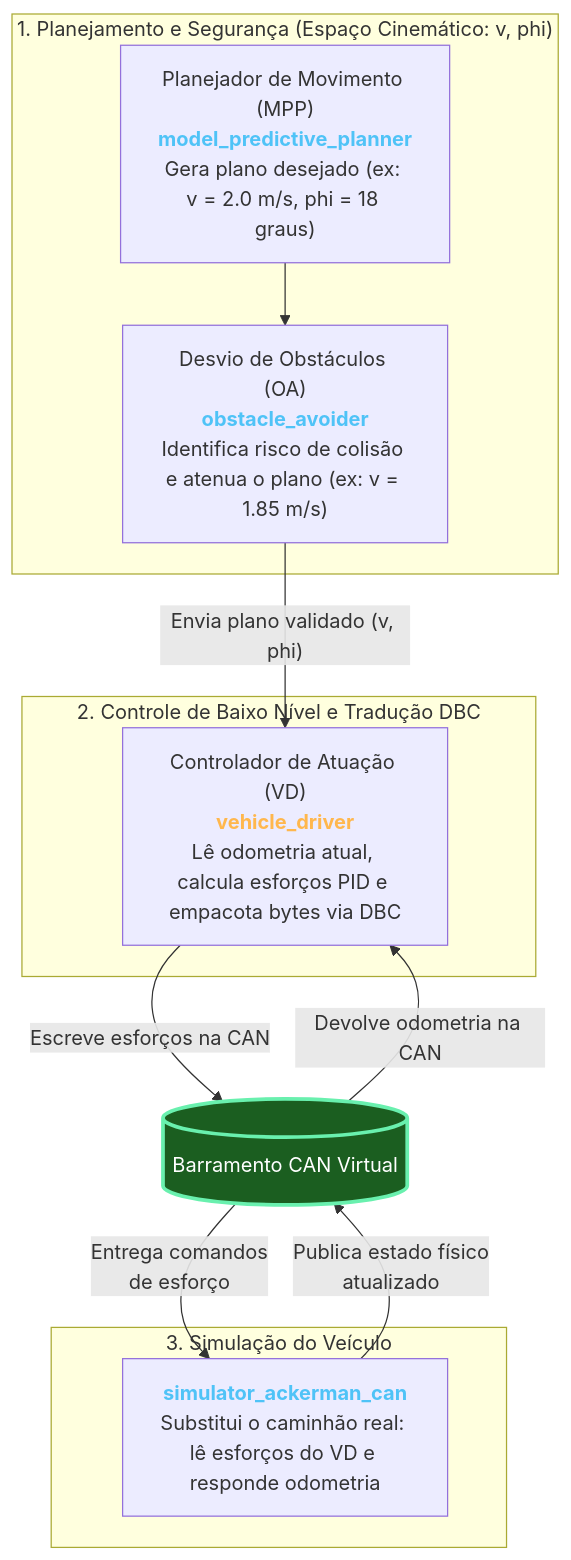
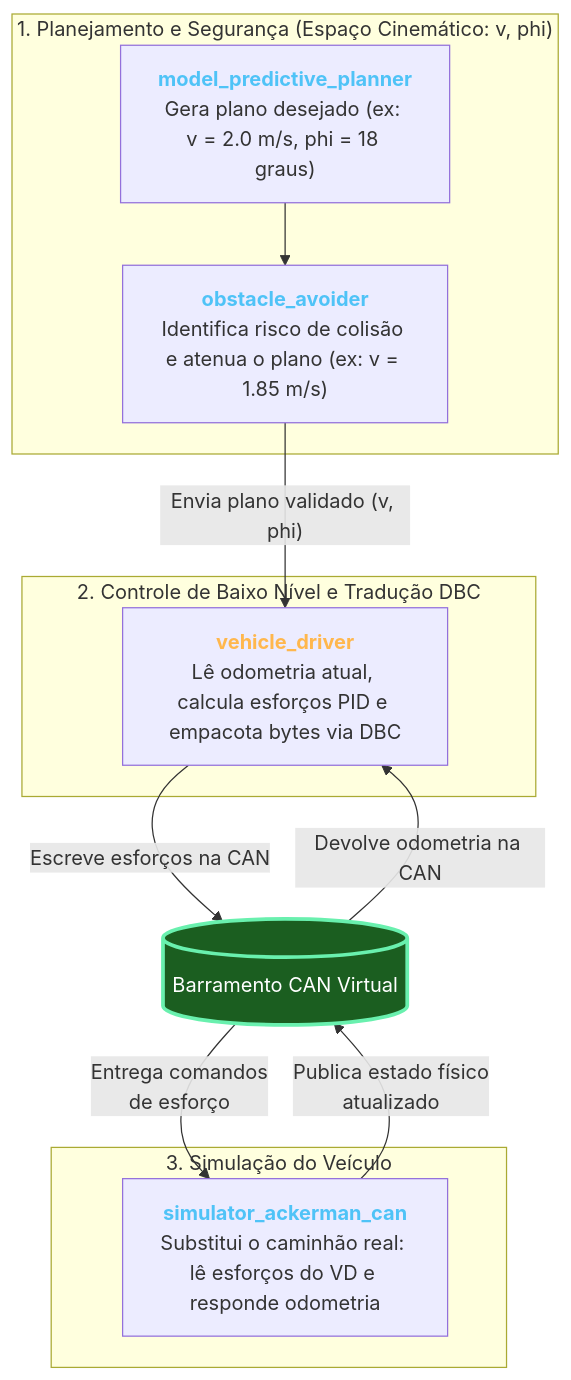
One commit to BrenoCSilva/lume changed the first of 2 diagrams in simulator_ackerman/docs/01_arquitetura_e_fluxo_geral.md. Above: the diagram before and after it, drawn with Mermaid.

````diff
--- a/simulator_ackerman/docs/01_arquitetura_e_fluxo_geral.md
+++ b/simulator_ackerman/docs/01_arquitetura_e_fluxo_geral.md
@@ -7,26 +7,26 @@
 ```mermaid
 flowchart TD
     subgraph AltoNivel ["1. Planejamento e Segurança (Espaço Cinemático: v, phi)"]
-        MPP["Planejador de Movimento (MPP)<br/><b style='color:#4fc3f7'>model_predictive_planner</b><br/>Gera plano desejado (ex: v = 2.0 m/s, phi = 18 graus)"]
-        MPP --> OA["Desvio de Obstáculos (OA)<br/><b style='color:#4fc3f7'>obstacle_avoider</b><br/>Identifica risco de colisão e atenua o plano (ex: v = 1.85 m/s)"]
+        MPP["<b style='color:#4fc3f7'>model_predictive_planner</b><br/>Gera plano desejado (ex: v = 2.0 m/s, phi = 18 graus)"]
+        MPP --> OA["<b style='color:#4fc3f7'>obstacle_avoider</b><br/>Identifica risco de colisão e atenua o plano (ex: v = 1.85 m/s)"]
     end
 
     OA -->|"Envia plano validado (v, phi)"| VD
 
     subgraph Controle ["2. Controle de Baixo Nível e Tradução DBC"]
-        VD["Controlador de Atuação (VD)<br/><b style='color:#ffb74d'>vehicle_driver</b><br/>Lê odometria atual, calcula esforços PID e empacota bytes via DBC"]
+        VD["<b style='color:#ffb74d'>vehicle_driver</b><br/>Lê odometria atual, calcula esforços PID e empacota bytes via DBC"]
     end
 
     CAN_BUS[("Barramento CAN Virtual")]
 
     subgraph HardwareOuSim ["3. Simulação do Veículo"]
         SIM["<b style='color:#4fc3f7'>simulator_ackerman_can</b><br/>Substitui o caminhão real: lê esforços do VD e responde odometria"]
     end
 
     VD -->|"Escreve esforços na CAN<br/>"| CAN_BUS
     CAN_BUS -->|"Devolve odometria na CAN<br/>"| VD
     CAN_BUS -->|"Entrega comandos <br/>de esforço<br/>"| SIM
     SIM -->|"Publica estado físico <br/>atualizado<br/>"| CAN_BUS
 
     style CAN_BUS fill:#1b5e20,stroke:#69f0ae,stroke-width:3px,color:#ffffff
 ```
````
